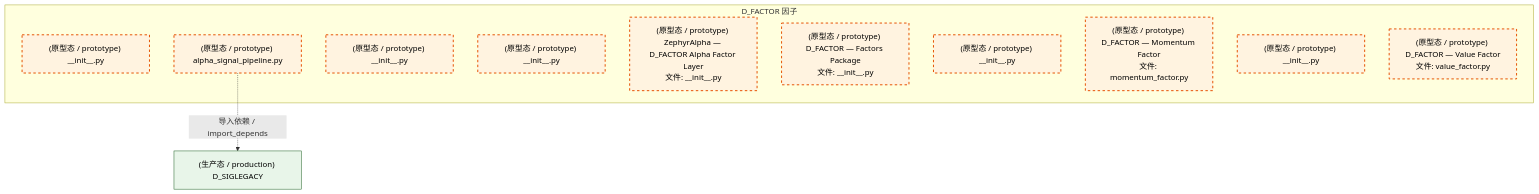
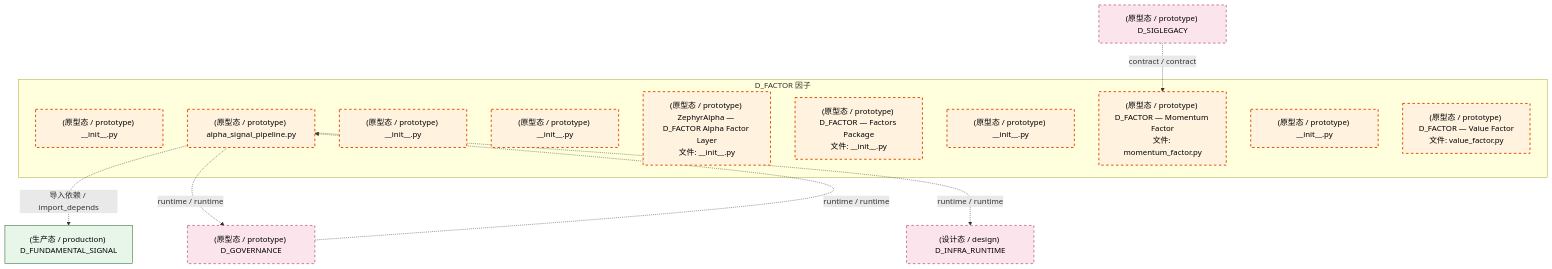
The third of 4 diagrams in docs/02_enterprise_architecture/02_domain_architecture_docs/36_d_factor.md (xuanFelixVan/ZephyrAlpha), drawn with Mermaid before and after one commit. The commit also changed other lines of this file and 126 other files, not shown here.

````diff
--- a/docs/02_enterprise_architecture/02_domain_architecture_docs/36_d_factor.md
+++ b/docs/02_enterprise_architecture/02_domain_architecture_docs/36_d_factor.md
@@ -150,23 +159,31 @@
 ```mermaid
 graph TD
     subgraph D_FACTOR["D_FACTOR 因子"]
         src_zephyr_factor_extensions_init_py["(原型态 / prototype) __init__.py"]
         src_zephyr_factor_alpha_signal_pipeline_py["(原型态 / prototype) alpha_signal_pipeline.py"]
         src_zephyr_factor_api_init_py["(原型态 / prototype) __init__.py"]
         src_zephyr_factor_core_init_py["(原型态 / prototype) __init__.py"]
         src_zephyr_factor_ctr_001_consumer_init_py["(原型态 / prototype) ZephyrAlpha — D_FACTOR Alpha Factor Layer<br/>文件: __init__.py"]
         src_zephyr_factor_engine_init_py["(原型态 / prototype) D_FACTOR — Factors Package<br/>文件: __init__.py"]
         src_zephyr_factor_infrastructure_init_py["(原型态 / prototype) __init__.py"]
         src_zephyr_factor_momentum_factor_py["(原型态 / prototype) D_FACTOR — Momentum Factor<br/>文件: momentum_factor.py"]
         src_zephyr_factor_services_init_py["(原型态 / prototype) __init__.py"]
         src_zephyr_factor_value_factor_py["(原型态 / prototype) D_FACTOR — Value Factor<br/>文件: value_factor.py"]
     end
-    D_SIGLEGACY["(生产态 / production) D_SIGLEGACY"]
-    src_zephyr_factor_alpha_signal_pipeline_py -.->|导入依赖 / import_depends| D_SIGLEGACY
+    D_FUNDAMENTAL_SIGNAL["(生产态 / production) D_FUNDAMENTAL_SIGNAL"]
+    src_zephyr_factor_alpha_signal_pipeline_py -.->|导入依赖 / import_depends| D_FUNDAMENTAL_SIGNAL
+    D_GOVERNANCE["(原型态 / prototype) D_GOVERNANCE"]
+    src_zephyr_factor_alpha_signal_pipeline_py -.->|runtime / runtime| D_GOVERNANCE
+    D_INFRA_RUNTIME["(设计态 / design) D_INFRA_RUNTIME"]
+    src_zephyr_factor_alpha_signal_pipeline_py -.->|runtime / runtime| D_INFRA_RUNTIME
+    D_GOVERNANCE -.->|runtime / runtime| src_zephyr_factor_alpha_signal_pipeline_py
+    D_SIGLEGACY["(原型态 / prototype) D_SIGLEGACY"]
+    D_SIGLEGACY -.->|contract / contract| src_zephyr_factor_momentum_factor_py
     classDef production fill:#e1f5fe,stroke:#01579b,stroke-width:2px,color:#000
     classDef design fill:#fff3e0,stroke:#e65100,stroke-width:2px,color:#000,stroke-dasharray: 5 5
     classDef external_prod fill:#e8f5e9,stroke:#1b5e20,stroke-width:1px,color:#000
     classDef external_design fill:#fce4ec,stroke:#880e4f,stroke-width:1px,color:#000,stroke-dasharray: 5 5
     class src_zephyr_factor_extensions_init_py,src_zephyr_factor_alpha_signal_pipeline_py,src_zephyr_factor_api_init_py,src_zephyr_factor_core_init_py,src_zephyr_factor_ctr_001_consumer_init_py,src_zephyr_factor_engine_init_py,src_zephyr_factor_infrastructure_init_py,src_zephyr_factor_momentum_factor_py,src_zephyr_factor_services_init_py,src_zephyr_factor_value_factor_py design
-    class D_SIGLEGACY external_prod
+    class D_FUNDAMENTAL_SIGNAL external_prod
+    class D_GOVERNANCE,D_INFRA_RUNTIME,D_SIGLEGACY external_design
 ```
````
